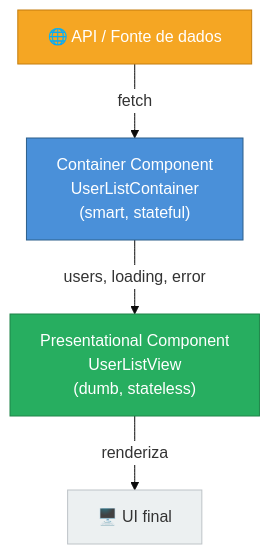
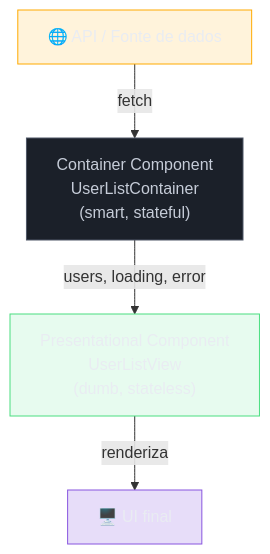
One commit to josenaldo/codex-technomanticus changed the diagram in 03-Dominios/Tecnologia/React/Design Patterns/02 - Container vs Presentational.md. Above: the diagram before and after it, drawn with Mermaid. The commit also changed 1181 other files, not shown here.

First line of the commit message:
fix(diagramas): paleta do sistema no lugar de cor cravada no markdown

````diff
--- a/03-Dominios/Tecnologia/React/Design Patterns/02 - Container vs Presentational.md
+++ b/03-Dominios/Tecnologia/React/Design Patterns/02 - Container vs Presentational.md
@@ -102,12 +102,15 @@
 ```mermaid
-%%{init: {"theme": "base", "themeVariables": {"primaryColor": "#4A90D9", "edgeLabelBackground": "#fff"}}}%%
 graph TD
+    classDef neutro fill:#1B2029,stroke:#4E5666,color:#C6CCD8
+    classDef ok fill:#4ADE8021,stroke:#4ADE80,color:#E9ECF2
+    classDef destaque fill:#FFAA0024,stroke:#FFAA00,color:#E9ECF2
+    classDef marca fill:#8855DF33,stroke:#8855DF,color:#E9ECF2
     API["🌐 API / Fonte de dados"] -->|fetch| C["Container Component\nUserListContainer\n(smart, stateful)"]
     C -->|users, loading, error| P["Presentational Component\nUserListView\n(dumb, stateless)"]
     P -->|renderiza| UI["🖥️ UI final"]
 
-    style C fill:#4A90D9,color:#fff,stroke:#2c5f8a
-    style P fill:#27ae60,color:#fff,stroke:#1e8449
-    style API fill:#F5A623,color:#fff,stroke:#c47d0e
-    style UI fill:#ecf0f1,stroke:#bdc3c7
+    class C neutro
+    class P ok
+    class API destaque
+    class UI marca
 ```
````
